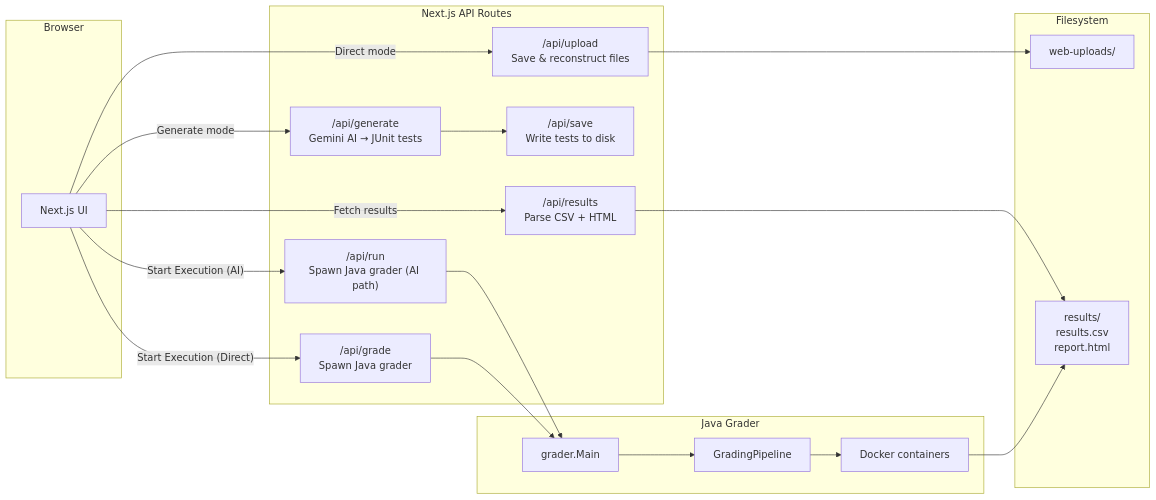
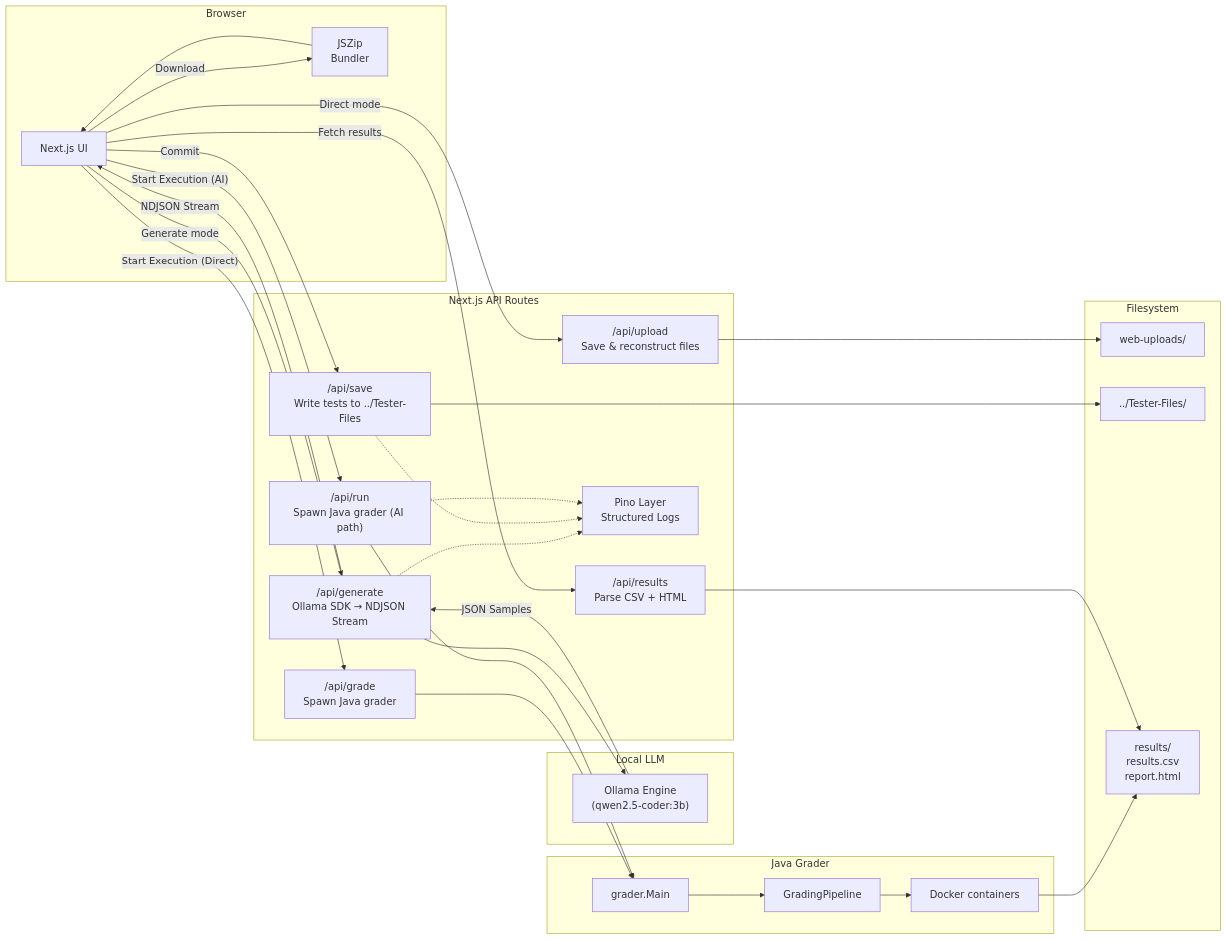
Before and after one commit to zek01svg/autograder: the first of 2 diagrams in dashboard/README.md, drawn with Mermaid. The commit also changed other lines of this file and 2 other files, not shown here.

````diff
--- a/dashboard/README.md
+++ b/dashboard/README.md
@@ -55,37 +60,51 @@
 ```mermaid
 flowchart LR
     subgraph Browser
         UI["Next.js UI"]
+        JSZip["JSZip\nBundler"]
     end
 
     subgraph Next.js API Routes
         Upload["/api/upload\nSave & reconstruct files"]
         Grade["/api/grade\nSpawn Java grader"]
         Run["/api/run\nSpawn Java grader (AI path)"]
-        Generate["/api/generate\nGemini AI → JUnit tests"]
-        Save["/api/save\nWrite tests to disk"]
+        Generate["/api/generate\nOllama SDK → NDJSON Stream"]
+        Save["/api/save\nWrite tests to ../Tester-Files"]
         Results["/api/results\nParse CSV + HTML"]
+        Pino["Pino Layer\nStructured Logs"]
+    end
+
+    subgraph Local LLM
+        Ollama["Ollama Engine\n(qwen2.5-coder:3b)"]
     end
 
     subgraph Java Grader
         Main["grader.Main"]
         Pipeline["GradingPipeline"]
         Docker["Docker containers"]
     end
 
     subgraph Filesystem
         WebUploads["web-uploads/"]
+        TesterFiles["../Tester-Files/"]
         ResultsDir["results/\nresults.csv\nreport.html"]
     end
 
     UI -- "Direct mode" --> Upload --> WebUploads
     UI -- "Start Execution (Direct)" --> Grade
     UI -- "Start Execution (AI)" --> Run
-    UI -- "Generate mode" --> Generate --> Save
+    UI -- "Generate mode" --> Generate --> Ollama
+    Ollama -- "JSON Samples" --> Generate
+    Generate -- "NDJSON Stream" --> UI
+    UI -- "Commit" --> Save --> TesterFiles
+    UI -- "Download" --> JSZip --> UI
     Grade --> Main
     Run --> Main
     Main --> Pipeline --> Docker
     Docker --> ResultsDir
     UI -- "Fetch results" --> Results
     Results --> ResultsDir
+    Generate -.-> Pino
+    Save -.-> Pino
+    Run -.-> Pino
 ```
````
